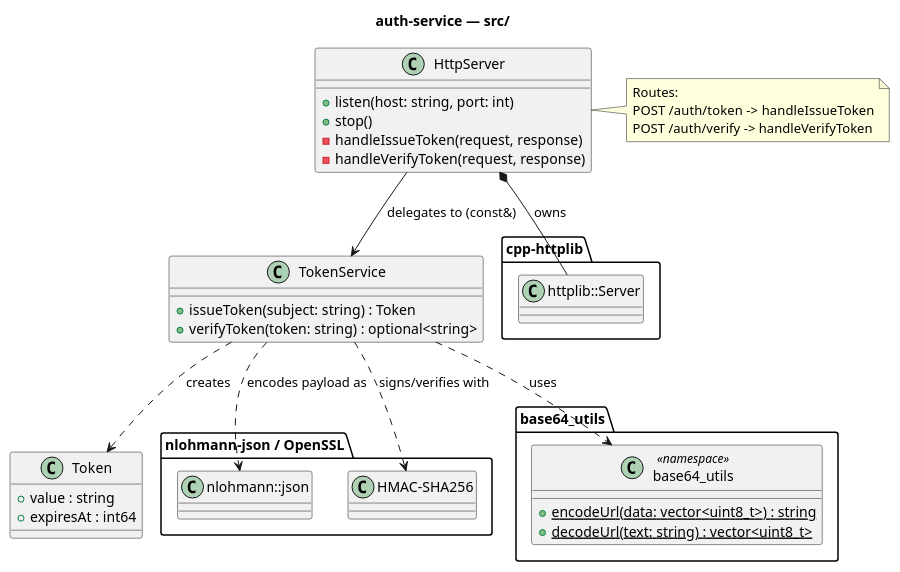
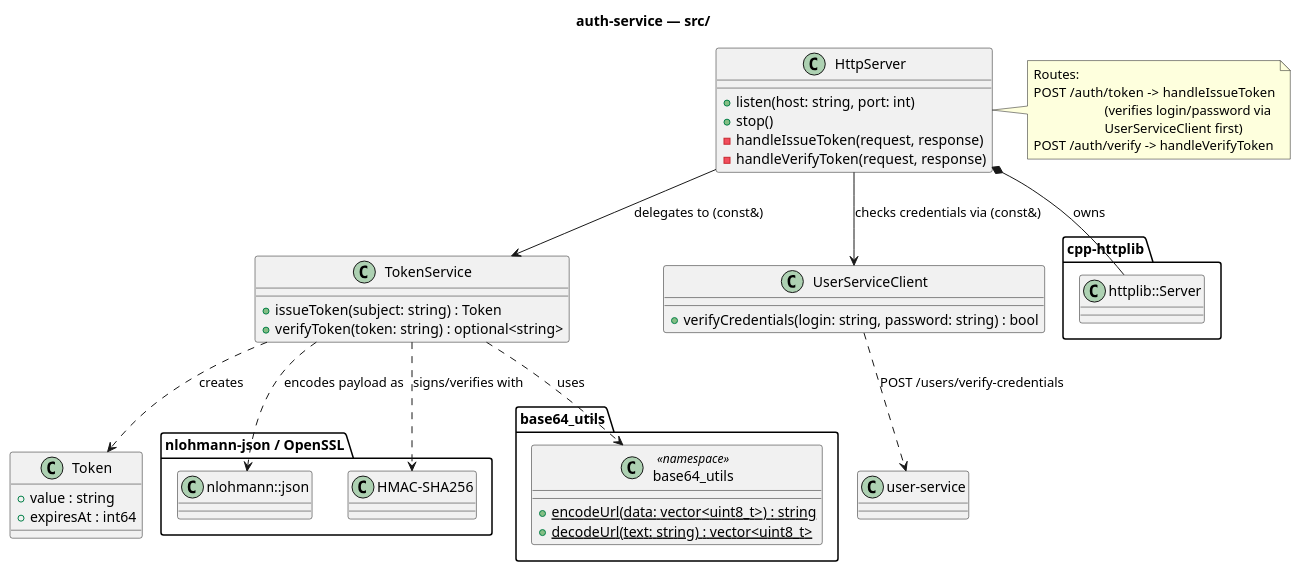
The diagram in services/auth-service/docs/diagrams/auth-service.puml (NekrasovIS/Exp), drawn with PlantUML before and after one commit. The commit also changed 31 other files, not shown here.

```diff
--- a/services/auth-service/docs/diagrams/auth-service.puml
+++ b/services/auth-service/docs/diagrams/auth-service.puml
@@ -1,49 +1,57 @@
 @startuml auth-service
 title auth-service — src/
 
 package "cpp-httplib" {
   class "httplib::Server" as HttplibServer
 }
 
 package "nlohmann-json / OpenSSL" {
   class "nlohmann::json" as Json
   class "HMAC-SHA256" as Hmac
 }
 
 namespace base64_utils {
   class base64_utils <<namespace>> {
     +{static} encodeUrl(data: vector<uint8_t>) : string
     +{static} decodeUrl(text: string) : vector<uint8_t>
   }
 }
 
 class Token {
   +value : string
   +expiresAt : int64
 }
 
 class TokenService {
   +issueToken(subject: string) : Token
   +verifyToken(token: string) : optional<string>
 }
 TokenService ..> Token : creates
 TokenService ..> Hmac : signs/verifies with
 TokenService ..> Json : encodes payload as
 TokenService ..> base64_utils.base64_utils : uses
 
+class UserServiceClient {
+  +verifyCredentials(login: string, password: string) : bool
+}
+UserServiceClient ..> "user-service" : POST /users/verify-credentials
+
 class HttpServer {
   +listen(host: string, port: int)
   +stop()
   -handleIssueToken(request, response)
   -handleVerifyToken(request, response)
 }
 HttpServer --> TokenService : delegates to (const&)
+HttpServer --> UserServiceClient : checks credentials via (const&)
 HttpServer *-- HttplibServer : owns
 
 note right of HttpServer
   Routes:
   POST /auth/token  -> handleIssueToken
+                       (verifies login/password via
+                       UserServiceClient first)
   POST /auth/verify -> handleVerifyToken
 end note
 
 @enduml
```
